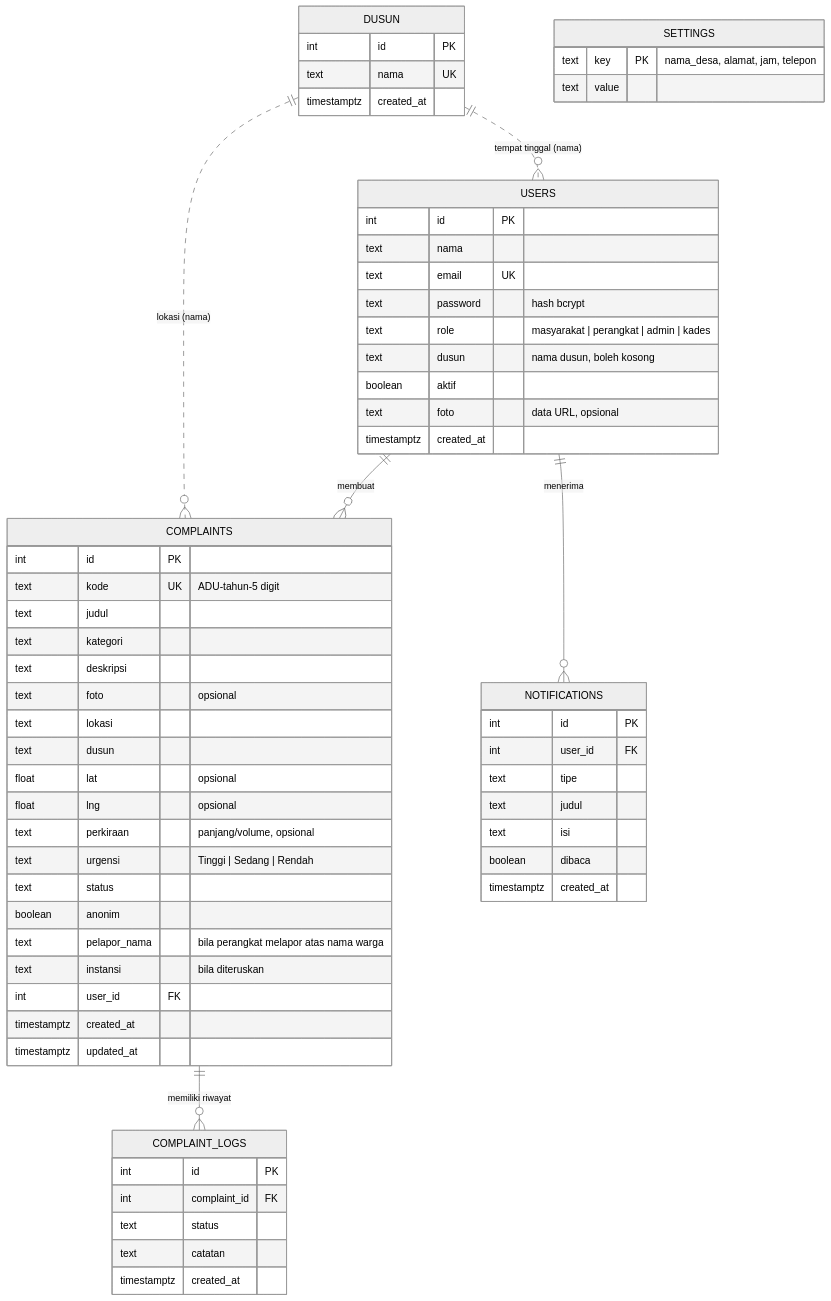
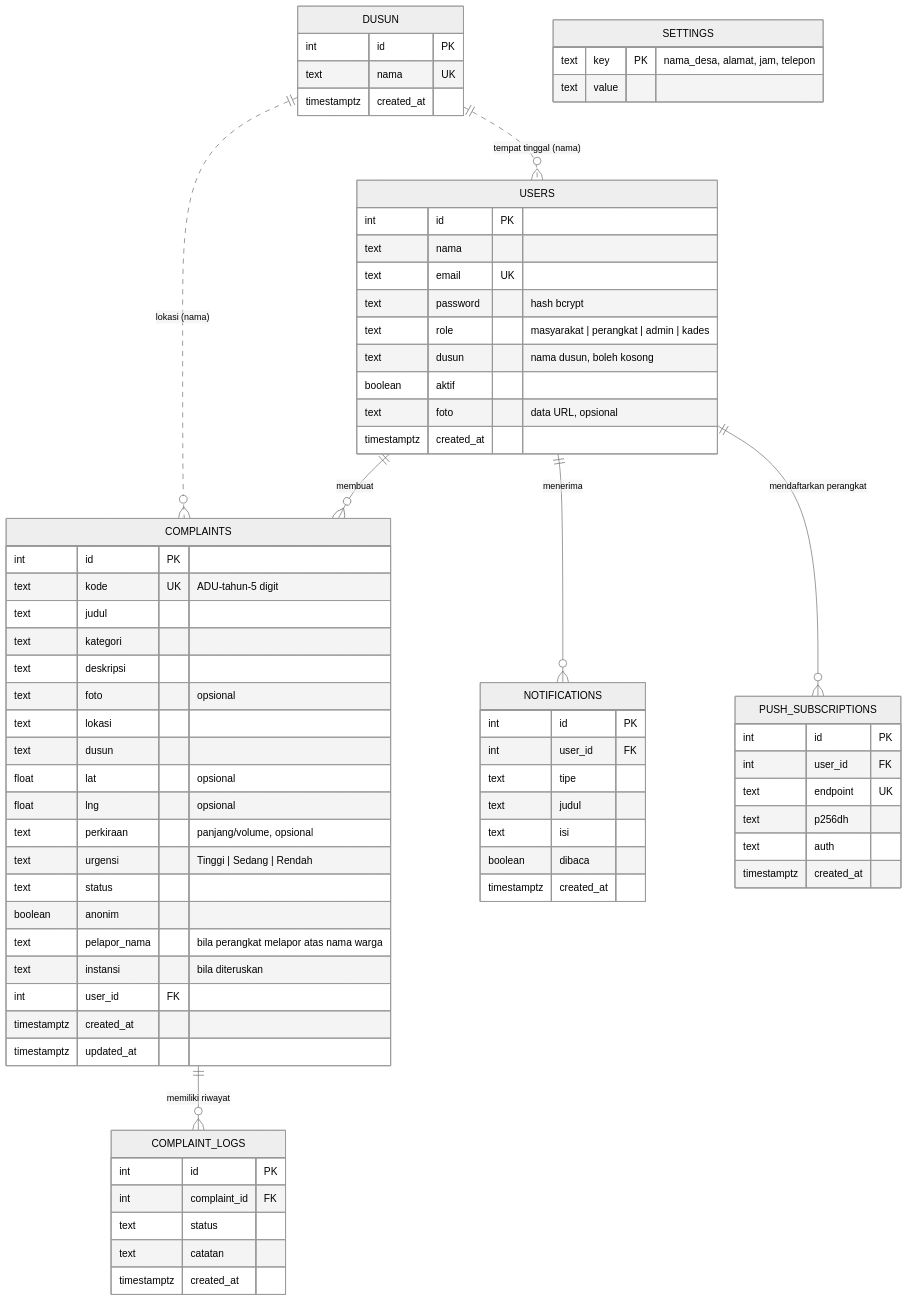
One commit to annamaulina654/infra-care changed the diagram in docs/ERD.md. Above: the diagram before and after it, drawn with Mermaid (neutral theme). The commit also changed 28 other files, not shown here.

````diff
--- a/docs/ERD.md
+++ b/docs/ERD.md
@@ -5,66 +5,75 @@
 ```mermaid
 erDiagram
     USERS ||--o{ COMPLAINTS : "membuat"
     USERS ||--o{ NOTIFICATIONS : "menerima"
+    USERS ||--o{ PUSH_SUBSCRIPTIONS : "mendaftarkan perangkat"
     COMPLAINTS ||--o{ COMPLAINT_LOGS : "memiliki riwayat"
     DUSUN ||..o{ USERS : "tempat tinggal (nama)"
     DUSUN ||..o{ COMPLAINTS : "lokasi (nama)"
 
     USERS {
         int id PK
         text nama
         text email UK
         text password "hash bcrypt"
         text role "masyarakat | perangkat | admin | kades"
         text dusun "nama dusun, boleh kosong"
         boolean aktif
         text foto "data URL, opsional"
         timestamptz created_at
     }
     DUSUN {
         int id PK
         text nama UK
         timestamptz created_at
     }
     SETTINGS {
         text key PK "nama_desa, alamat, jam, telepon"
         text value
     }
     COMPLAINTS {
         int id PK
         text kode UK "ADU-tahun-5 digit"
         text judul
         text kategori
         text deskripsi
         text foto "opsional"
         text lokasi
         text dusun
         float lat "opsional"
         float lng "opsional"
         text perkiraan "panjang/volume, opsional"
         text urgensi "Tinggi | Sedang | Rendah"
         text status
         boolean anonim
         text pelapor_nama "bila perangkat melapor atas nama warga"
         text instansi "bila diteruskan"
         int user_id FK
         timestamptz created_at
         timestamptz updated_at
     }
     COMPLAINT_LOGS {
         int id PK
         int complaint_id FK
         text status
         text catatan
         timestamptz created_at
     }
     NOTIFICATIONS {
         int id PK
         int user_id FK
         text tipe
         text judul
         text isi
         boolean dibaca
         timestamptz created_at
     }
+    PUSH_SUBSCRIPTIONS {
+        int id PK
+        int user_id FK
+        text endpoint UK
+        text p256dh
+        text auth
+        timestamptz created_at
+    }
 ```
````
